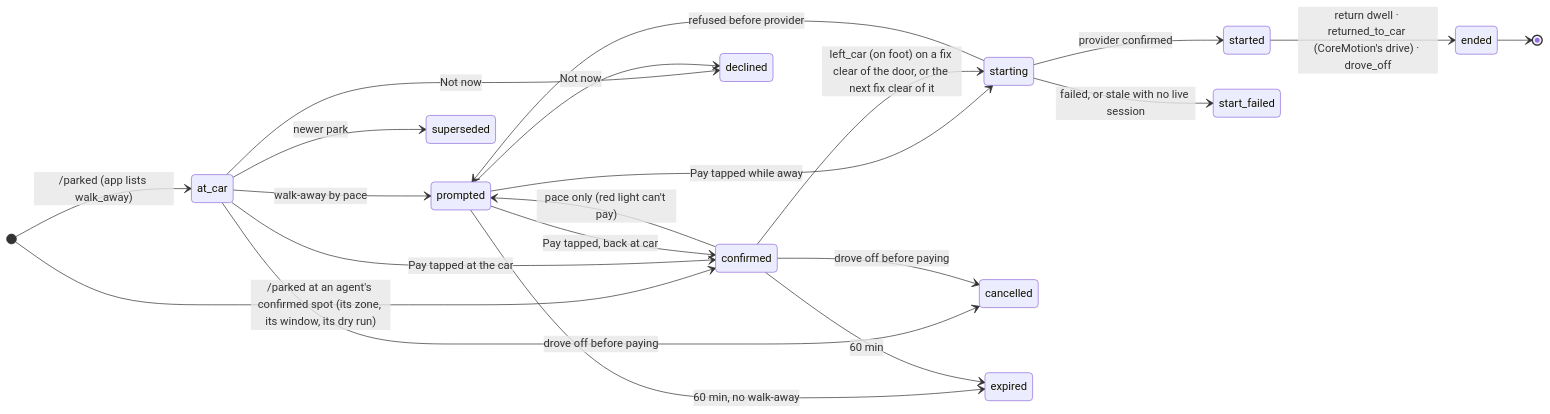
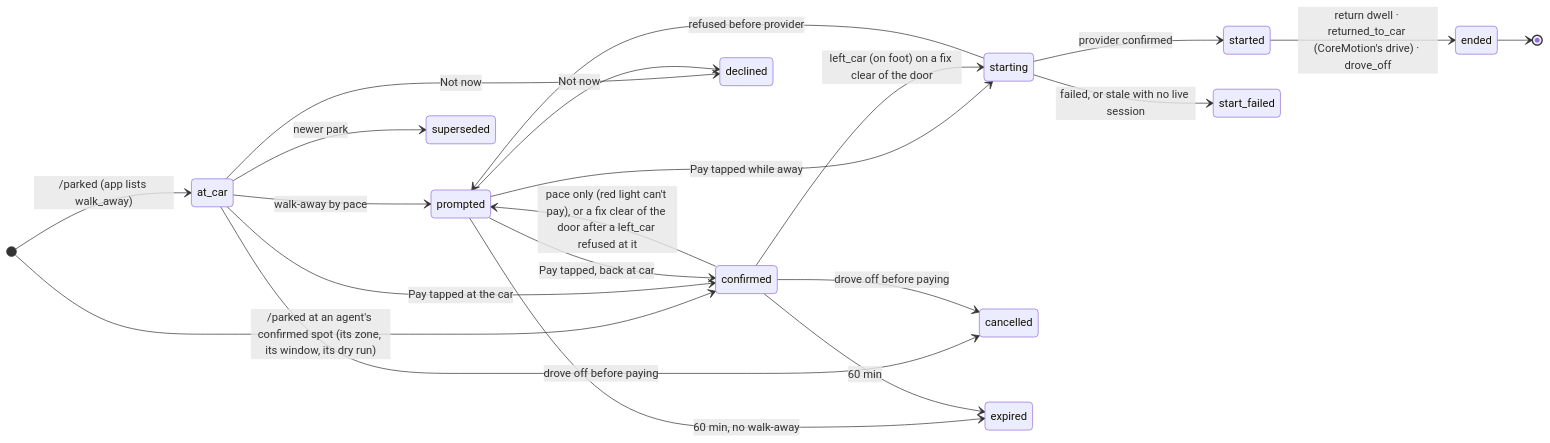
The second of 4 diagrams in docs/architecture.md (thomasbardhi01/parkagent), drawn with Mermaid before and after one commit. The commit also changed 7 other files, not shown here.

````diff
--- a/docs/architecture.md
+++ b/docs/architecture.md
@@ -104,24 +104,24 @@
 ```mermaid
 stateDiagram-v2
   direction LR
   [*] --> at_car: /parked (app lists walk_away)
   [*] --> confirmed: /parked at an agent's confirmed spot (its zone, its window, its dry run)
   at_car --> prompted: walk-away by pace
   at_car --> confirmed: Pay tapped at the car
   prompted --> confirmed: Pay tapped, back at car
   prompted --> starting: Pay tapped while away
-  confirmed --> starting: left_car (on foot) on a fix clear of the door, or the next fix clear of it
-  confirmed --> prompted: pace only (red light can't pay)
+  confirmed --> starting: left_car (on foot) on a fix clear of the door
+  confirmed --> prompted: pace only (red light can't pay), or a fix clear of the door after a left_car refused at it
   starting --> started: provider confirmed
   starting --> start_failed: failed, or stale with no live session
   starting --> prompted: refused before provider
   started --> ended: return dwell · returned_to_car (CoreMotion's drive) · drove_off
   at_car --> declined: Not now
   prompted --> declined: Not now
   at_car --> cancelled: drove off before paying
   confirmed --> cancelled: drove off before paying
   at_car --> superseded: newer park
   prompted --> expired: 60 min, no walk-away
   confirmed --> expired: 60 min
   ended --> [*]
 ```
````
